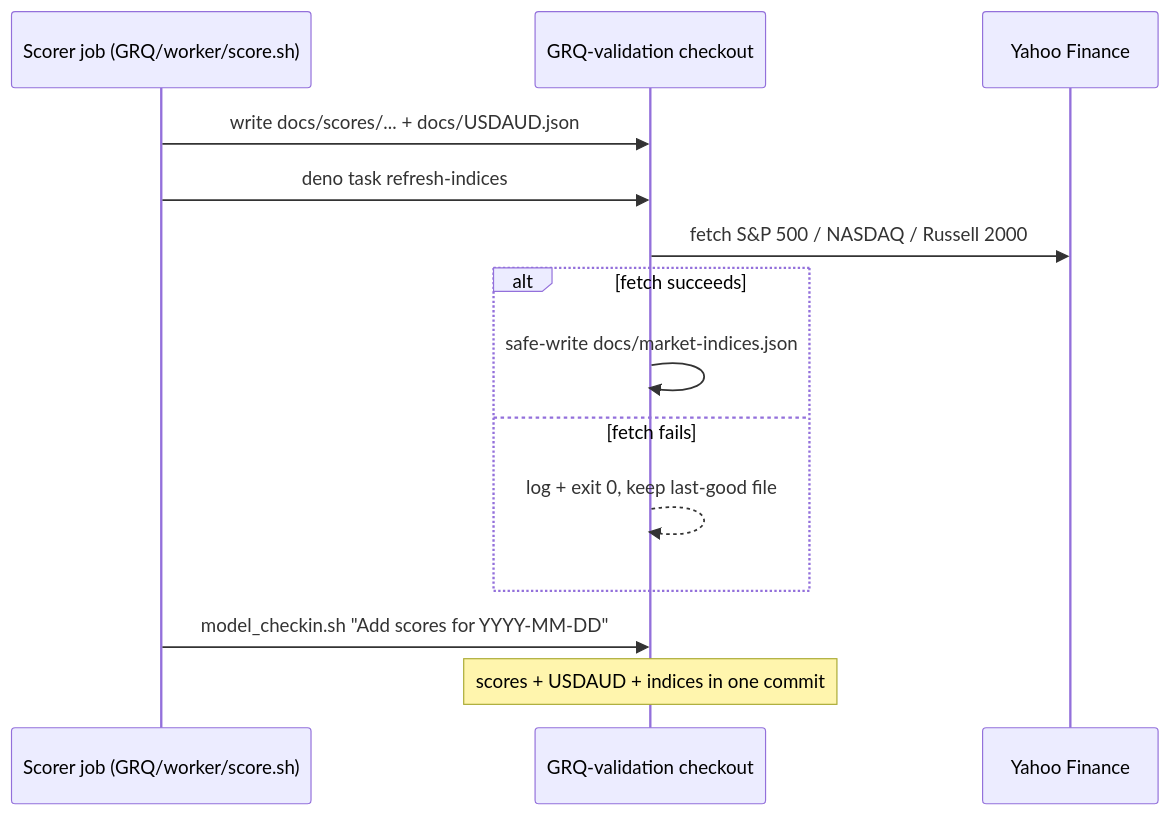
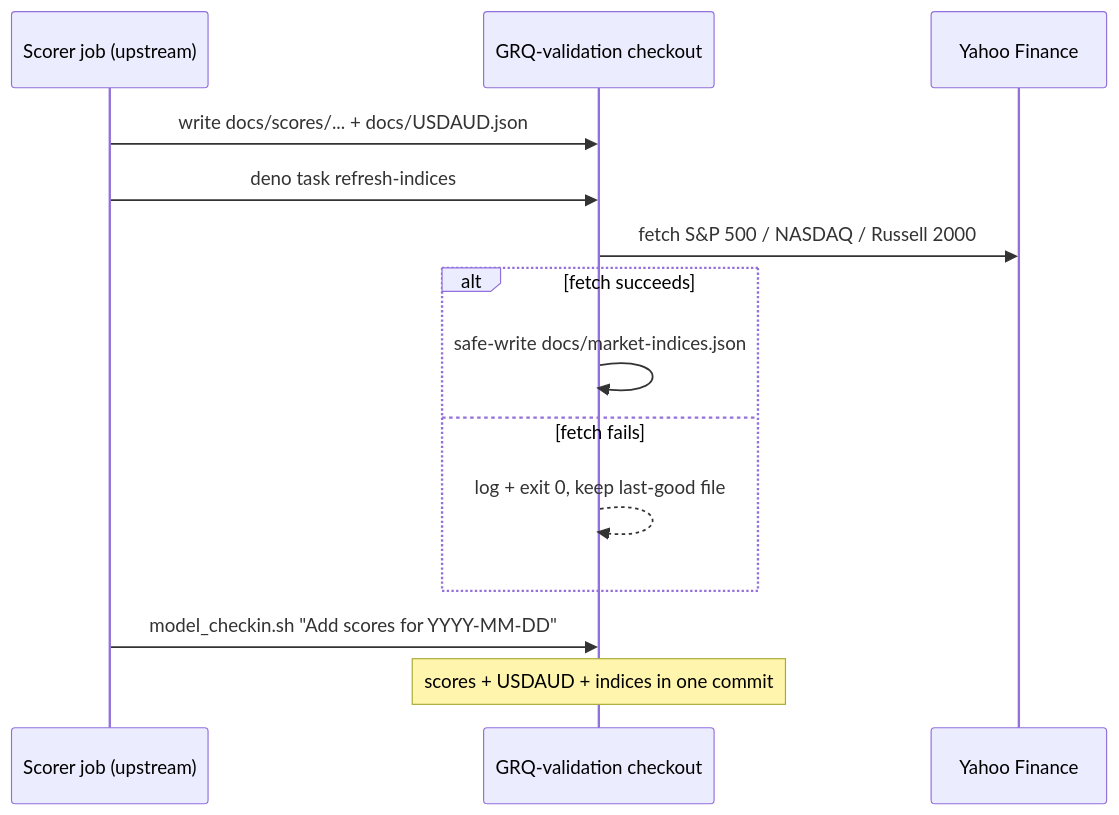
Before and after one commit to stSoftwareAU/GRQ-validation: the diagram in docs/archive/pr-summaries/pr-summary-238.md, drawn with Mermaid. The commit also changed other lines of this file and 20 other files, not shown here.

````diff
--- a/docs/archive/pr-summaries/pr-summary-238.md
+++ b/docs/archive/pr-summaries/pr-summary-238.md
@@ -46,16 +46,16 @@
 ```mermaid
 sequenceDiagram
-    participant Scorer as Scorer job (GRQ/worker/score.sh)
+    participant Scorer as Scorer job (upstream)
     participant Repo as GRQ-validation checkout
     participant Yahoo as Yahoo Finance
     Scorer->>Repo: write docs/scores/... + docs/USDAUD.json
     Scorer->>Repo: deno task refresh-indices
     Repo->>Yahoo: fetch S&P 500 / NASDAQ / Russell 2000
     alt fetch succeeds
         Repo->>Repo: safe-write docs/market-indices.json
     else fetch fails
         Repo-->>Repo: log + exit 0, keep last-good file
     end
     Scorer->>Repo: model_checkin.sh "Add scores for YYYY-MM-DD"
     Note over Repo: scores + USDAUD + indices in one commit
 ```
````
